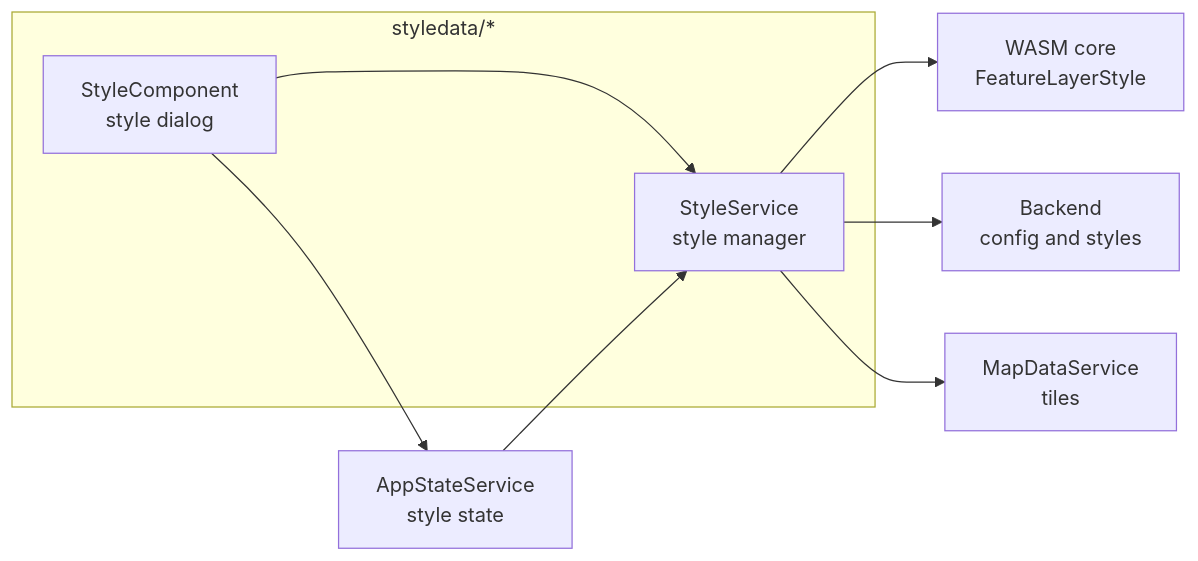
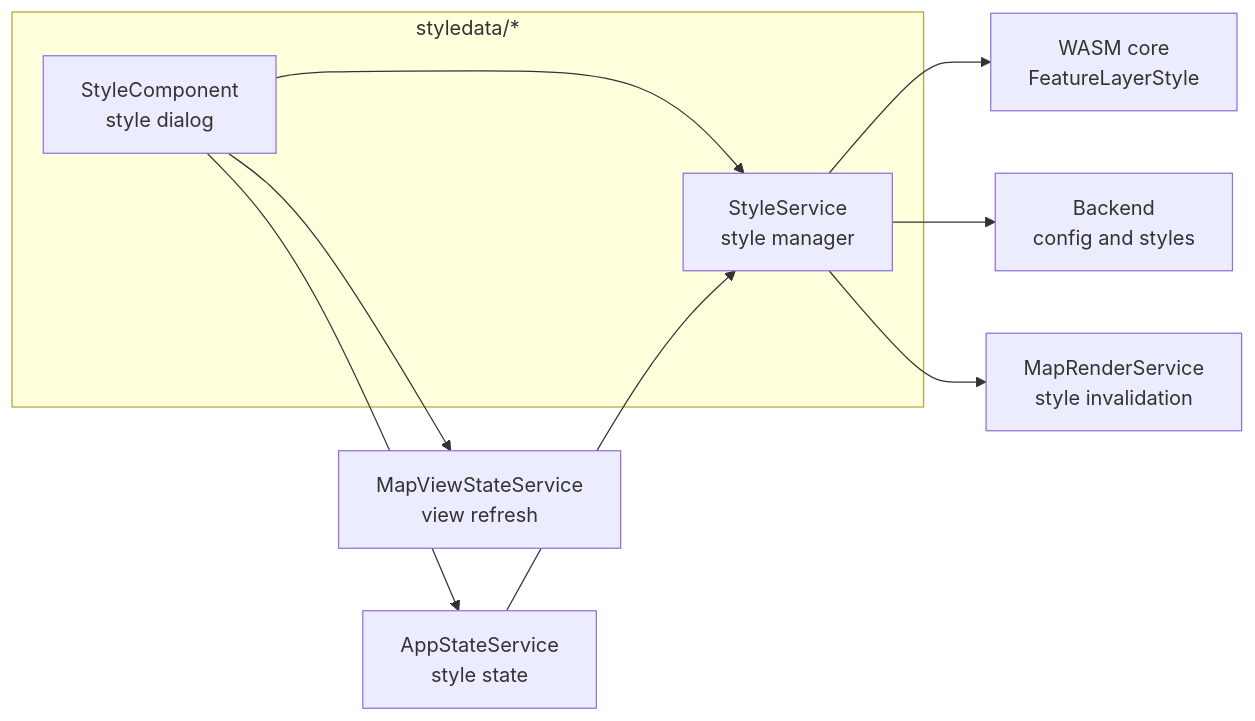
One commit to ndsev/erdblick changed the fourth of 10 diagrams in docs/erdblick-dev-guide.md. Above: the diagram before and after it, drawn with Mermaid. The commit also changed other lines of this file and 43 other files, not shown here.

Commit message:
Split up the MapDataService

````diff
--- a/docs/erdblick-dev-guide.md
+++ b/docs/erdblick-dev-guide.md
@@ -246,19 +312,21 @@
 ```mermaid
 flowchart LR
   subgraph styledata_dir[styledata/*]
     StylePanel[StyleComponent<br>style dialog]
     StyleSvc[StyleService<br>style manager]
   end
   State[AppStateService<br>style state]
-  MapSvc[MapDataService<br>tiles]
+  ViewState[MapViewStateService<br>view refresh]
+  RenderSvc[MapRenderService<br>style invalidation]
   Core[WASM core<br>FeatureLayerStyle]
   Backend[Backend<br>config and styles]
 
   StylePanel --> StyleSvc
   StylePanel --> State
+  StylePanel --> ViewState
 
   StyleSvc --> Core
   StyleSvc --> Backend
-  StyleSvc --> MapSvc
+  StyleSvc --> RenderSvc
   State --> StyleSvc
 ```
````
